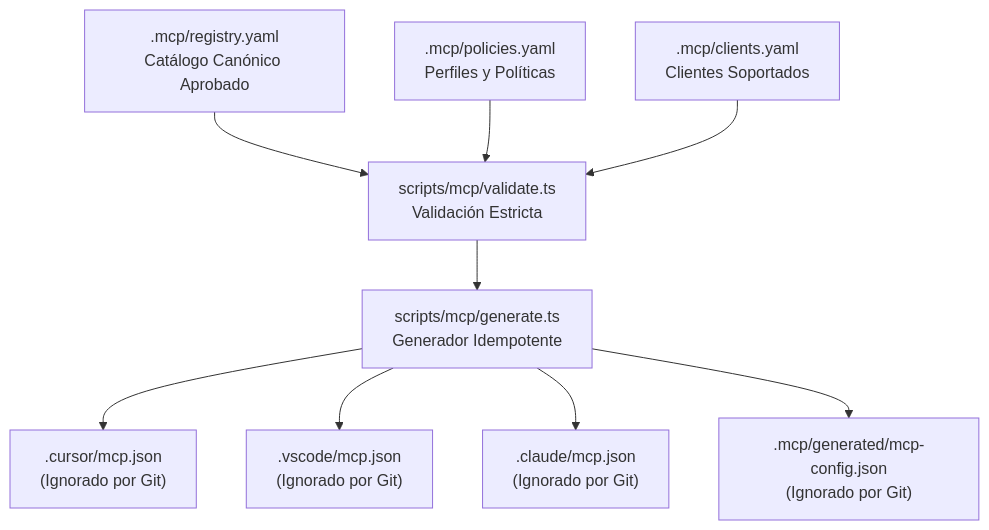
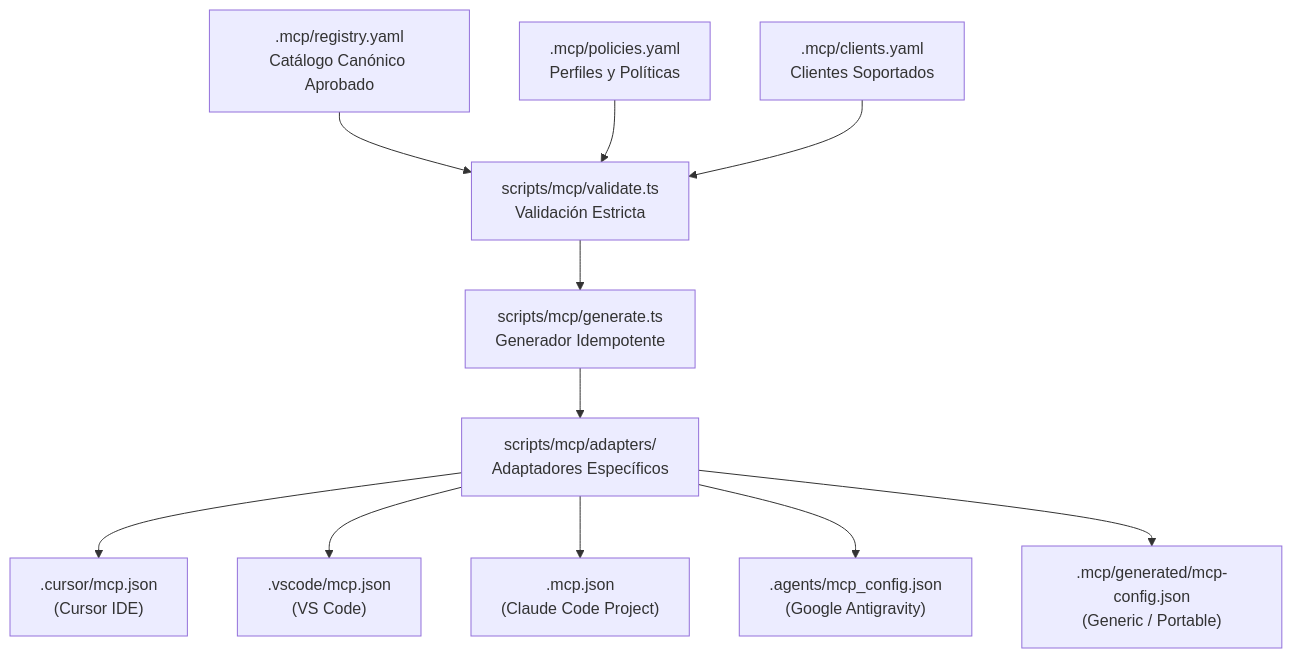
The diagram in .mcp/README.md (rocapellino/pokedex), drawn with Mermaid before and after one commit. The commit also changed other lines of this file and 21 other files, not shown here.

First line of the commit message:
fix(mcp): implementar adaptadores nativos para IDEs y gobernar políticas de permisos (#777)

````diff
--- a/.mcp/README.md
+++ b/.mcp/README.md
@@ -11,22 +11,26 @@
 ```mermaid
 flowchart TD
     REG[".mcp/registry.yaml
 Catálogo Canónico Aprobado"] --> VAL["scripts/mcp/validate.ts
 Validación Estricta"]
     POL[".mcp/policies.yaml
 Perfiles y Políticas"] --> VAL
     CLI[".mcp/clients.yaml
 Clientes Soportados"] --> VAL
 
     VAL --> GEN["scripts/mcp/generate.ts
 Generador Idempotente"]
+    GEN --> ADP["scripts/mcp/adapters/
+Adaptadores Específicos"]
 
-    GEN --> OUT_CUR[".cursor/mcp.json
-(Ignorado por Git)"]
-    GEN --> OUT_VSC[".vscode/mcp.json
-(Ignorado por Git)"]
-    GEN --> OUT_CLA[".claude/mcp.json
-(Ignorado por Git)"]
-    GEN --> OUT_GEN[".mcp/generated/mcp-config.json
-(Ignorado por Git)"]
+    ADP --> OUT_CUR[".cursor/mcp.json
+(Cursor IDE)"]
+    ADP --> OUT_VSC[".vscode/mcp.json
+(VS Code)"]
+    ADP --> OUT_CLA[".mcp.json
+(Claude Code Project)"]
+    ADP --> OUT_AGY[".agents/mcp_config.json
+(Google Antigravity)"]
+    ADP --> OUT_GEN[".mcp/generated/mcp-config.json
+(Generic / Portable)"]
 ```
````
